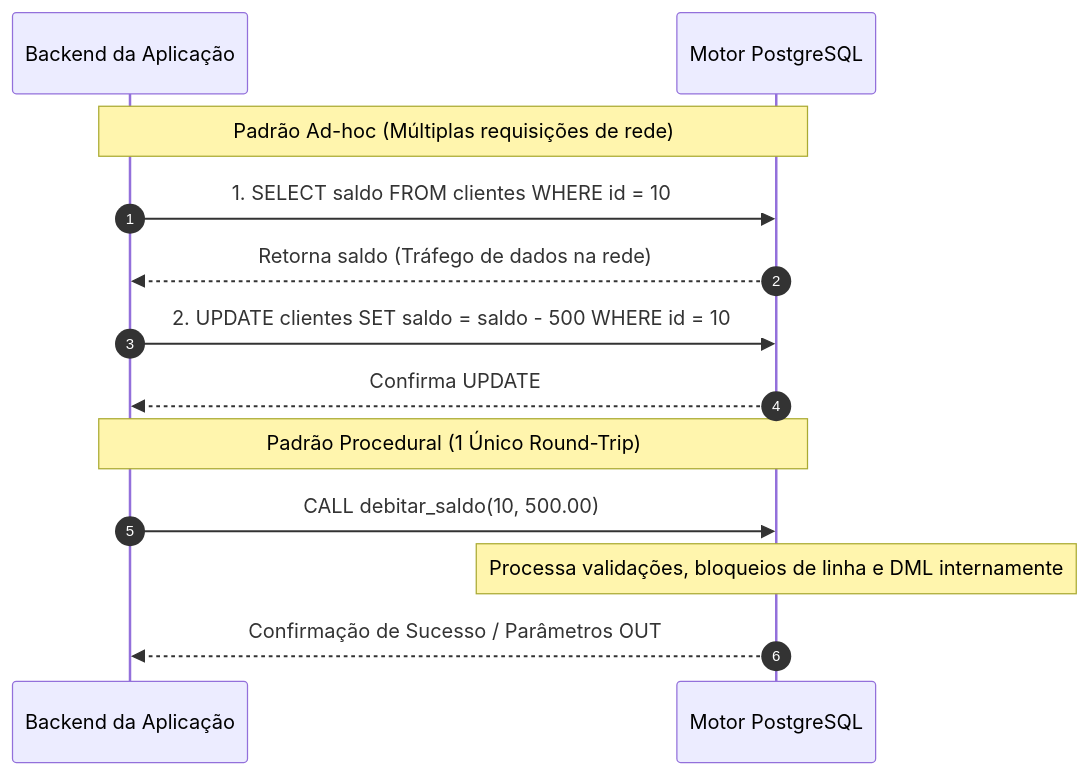
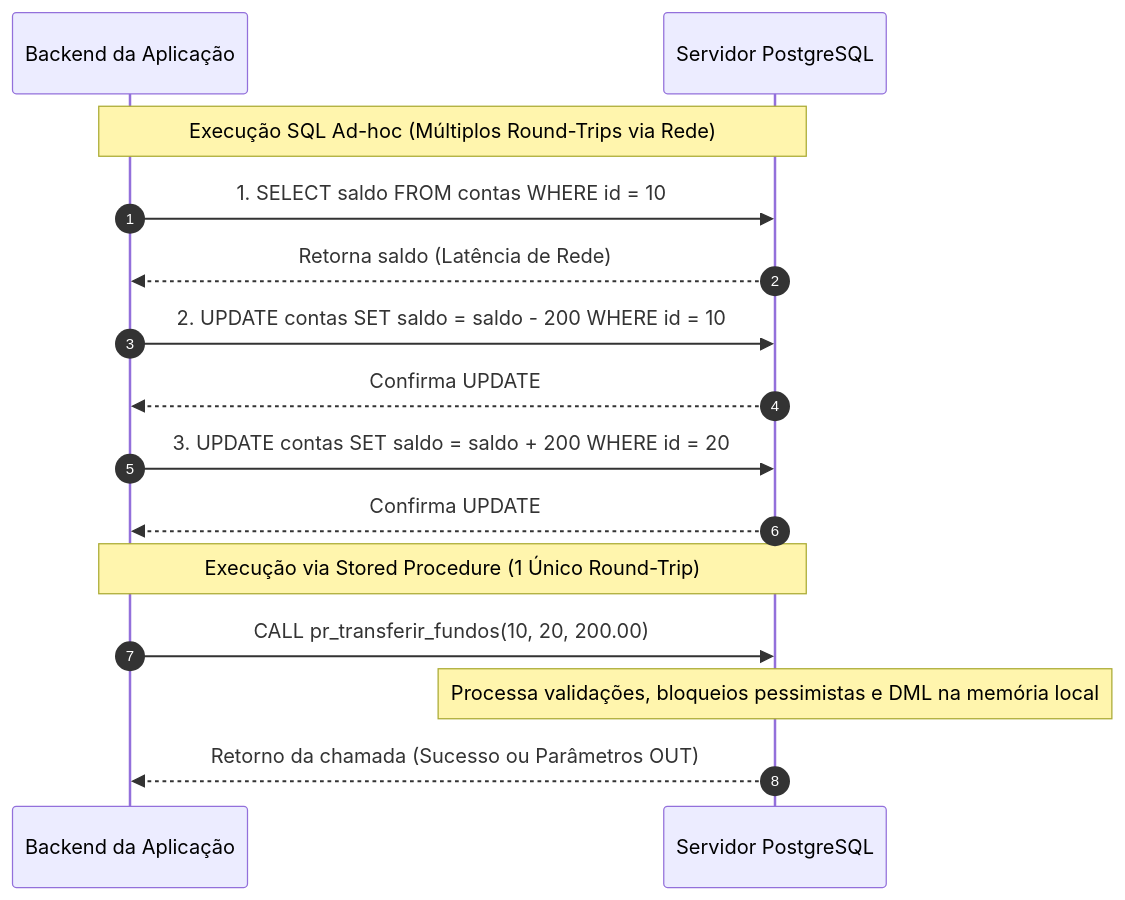
The eighth of 11 diagrams in 4º Semestre/[Prof. Welington Garcia] Tópicos Avançados em Banco de Dados/Resumos-IA/Simulados-Comentados.md (murilolol/unifef), drawn with Mermaid before and after one commit. The commit also changed other lines of this file and 58 other files, not shown here.

````diff
--- a/4º Semestre/[Prof. Welington Garcia] Tópicos Avançados em Banco de Dados/Resumos-IA/Simulados-Comentados.md
+++ b/4º Semestre/[Prof. Welington Garcia] Tópicos Avançados em Banco de Dados/Resumos-IA/Simulados-Comentados.md
@@ -728,17 +924,19 @@
 ```mermaid
 sequenceDiagram
-  autonumber
-  participant App as Backend da Aplicação
-  participant DB as Motor PostgreSQL
-  
-  Note over App,DB: Padrão Ad-hoc (Múltiplas requisições de rede)
-  App->>DB: 1. SELECT saldo FROM clientes WHERE id = 10
-  DB-->>App: Retorna saldo (Tráfego de dados na rede)
-  App->>DB: 2. UPDATE clientes SET saldo = saldo - 500 WHERE id = 10
-  DB-->>App: Confirma UPDATE
-  
-  Note over App,DB: Padrão Procedural (1 Único Round-Trip)
-  App->>DB: CALL debitar_saldo(10, 500.00)
-  Note over DB: Processa validações, bloqueios de linha e DML internamente
-  DB-->>App: Confirmação de Sucesso / Parâmetros OUT
+    autonumber
+    participant App as Backend da Aplicação
+    participant DB as Servidor PostgreSQL
+
+    Note over App,DB: Execução SQL Ad-hoc (Múltiplos Round-Trips via Rede)
+    App->>DB: 1. SELECT saldo FROM contas WHERE id = 10
+    DB-->>App: Retorna saldo (Latência de Rede)
+    App->>DB: 2. UPDATE contas SET saldo = saldo - 200 WHERE id = 10
+    DB-->>App: Confirma UPDATE
+    App->>DB: 3. UPDATE contas SET saldo = saldo + 200 WHERE id = 20
+    DB-->>App: Confirma UPDATE
+
+    Note over App,DB: Execução via Stored Procedure (1 Único Round-Trip)
+    App->>DB: CALL pr_transferir_fundos(10, 20, 200.00)
+    Note over DB: Processa validações, bloqueios pessimistas e DML na memória local
+    DB-->>App: Retorno da chamada (Sucesso ou Parâmetros OUT)
 ```
````
